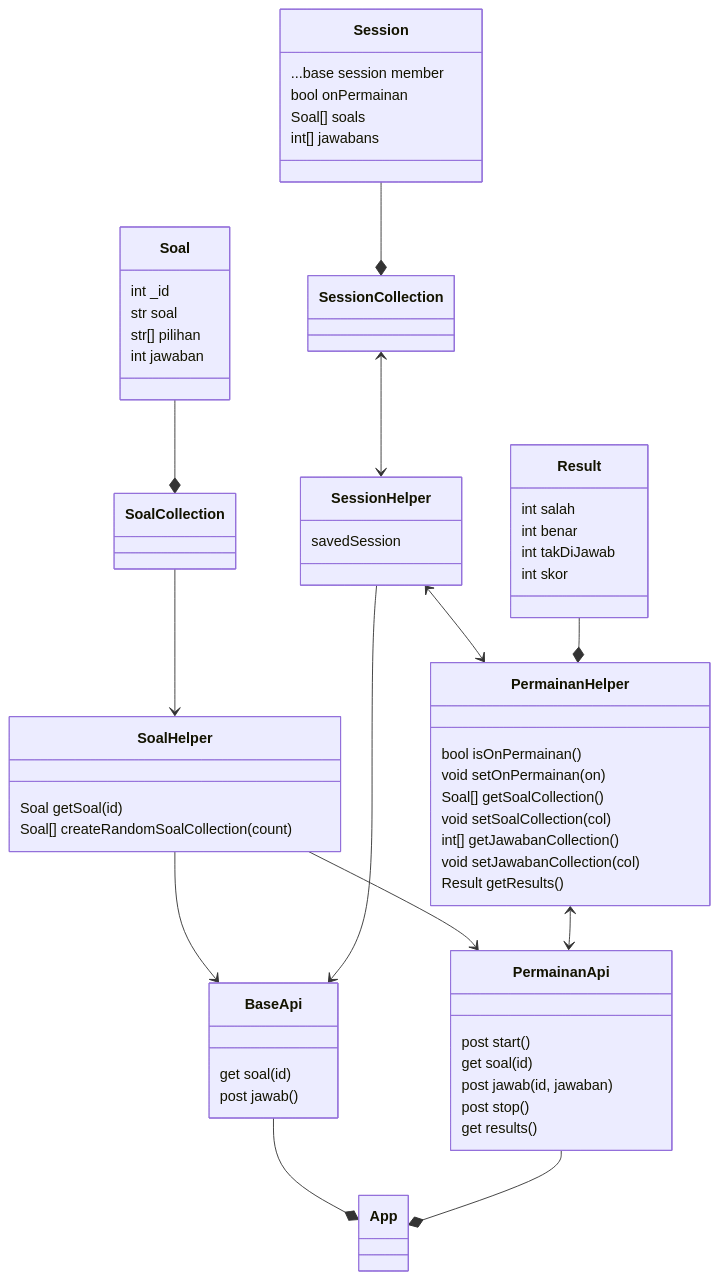
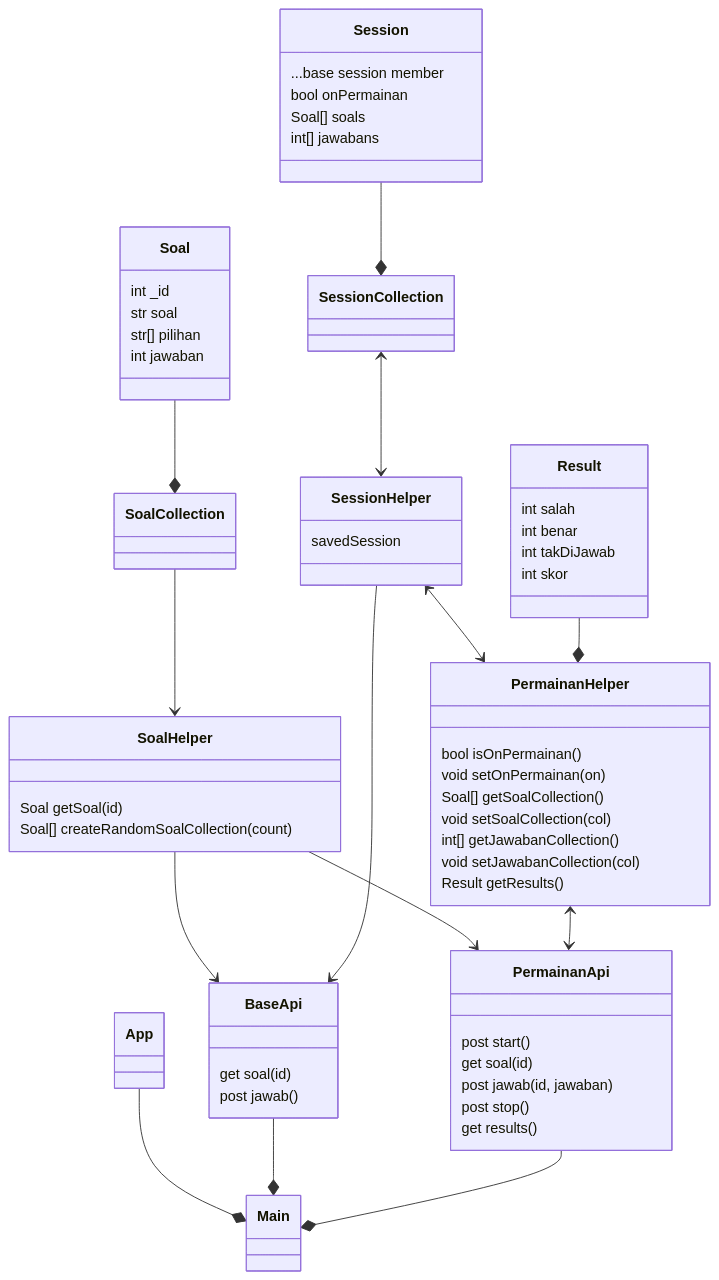
Before and after one commit to levirs565/quizx: the diagram in architecture.md, drawn with Mermaid.

Commit message:
updating architecture

````diff
--- a/architecture.md
+++ b/architecture.md
@@ -1,44 +1,45 @@
 ```mermaid
 classDiagram
 Soal --* Soal Collection
 Soal : int _id
 Soal : str soal
 Soal : str[] pilihan
 Soal : int jawaban
 Session --* Session Collection
 Session : ...base session member
 Session : bool onPermainan
 Session : Soal[] soals
 Session : int[] jawabans
 Session Collection <--> Session Helper
 Soal Collection --> Soal Helper
 Soal Helper --> Permainan Api
 Soal Helper : Soal getSoal(id)
 Soal Helper : Soal[] createRandomSoalCollection(count)
 Session Helper <--> Permainan Helper
 Session Helper : savedSession 
 Result --* Permainan Helper
 Result : int salah
 Result : int benar
 Result : int takDiJawab
 Result : int skor
 Permainan Helper <--> Permainan Api
 Permainan Helper : bool isOnPermainan()
 Permainan Helper : void setOnPermainan(on)
 Permainan Helper : Soal[] getSoalCollection()
 Permainan Helper : void setSoalCollection(col)
 Permainan Helper : int[] getJawabanCollection()
 Permainan Helper : void setJawabanCollection(col)
 Permainan Helper : Result getResults()
 Permainan Api : post start()
 Permainan Api : get soal(id)
 Permainan Api : post jawab(id, jawaban)
 Permainan Api : post stop()
 Permainan Api : get results()
 Soal Helper --> Base Api
 Session Helper --> Base Api
 Base Api : get soal(id)
 Base Api : post jawab()
-Base Api --* App
-Permainan Api --* App
+App --* Main
+Base Api --* Main
+Permainan Api --* Main
 ```
````
